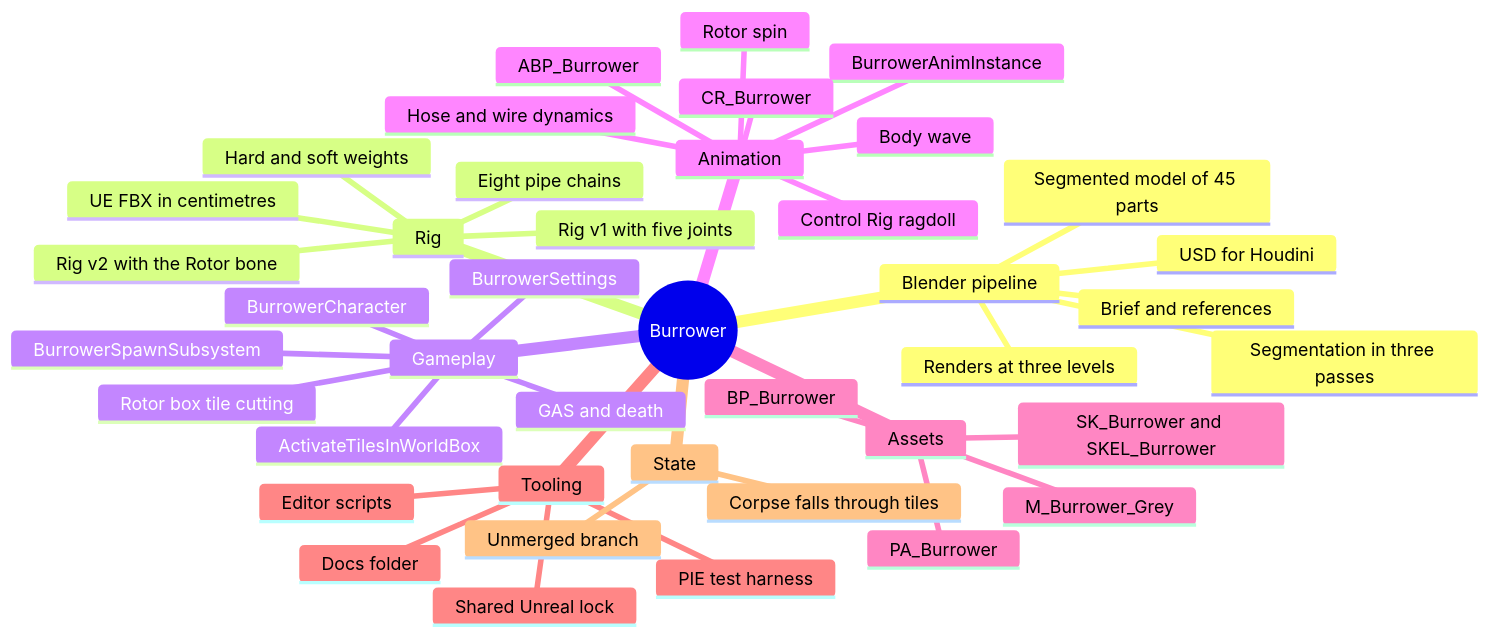
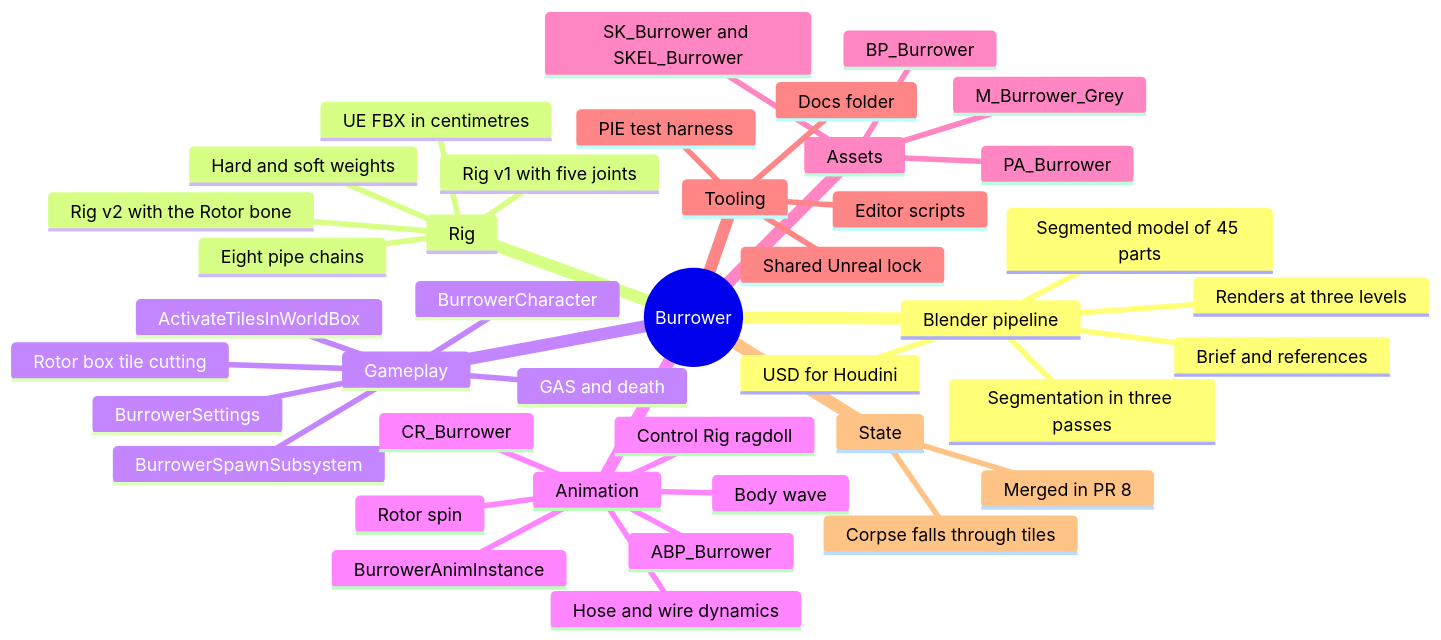
The first of 3 diagrams in Redo3Changes/Redo3 Burrower.md (talal-jpg/OBS_GameplayAbilitySystemRpg), drawn with Mermaid before and after one commit. The commit also changed other lines of this file and 21 other files, not shown here.

````diff
--- a/Redo3Changes/Redo3 Burrower.md
+++ b/Redo3Changes/Redo3 Burrower.md
@@ -15,44 +15,44 @@
 ```mermaid
 mindmap
   root((Burrower))
     Blender pipeline
       Brief and references
       Segmentation in three passes
       Segmented model of 45 parts
       USD for Houdini
       Renders at three levels
     Rig
       Rig v1 with five joints
       Hard and soft weights
       Rig v2 with the Rotor bone
       Eight pipe chains
       UE FBX in centimetres
     Gameplay
       BurrowerCharacter
       BurrowerSpawnSubsystem
       BurrowerSettings
       Rotor box tile cutting
       ActivateTilesInWorldBox
       GAS and death
     Animation
       BurrowerAnimInstance
       ABP_Burrower
       CR_Burrower
       Body wave
       Rotor spin
       Hose and wire dynamics
       Control Rig ragdoll
     Assets
       SK_Burrower and SKEL_Burrower
       PA_Burrower
       BP_Burrower
       M_Burrower_Grey
     Tooling
       Editor scripts
       PIE test harness
       Shared Unreal lock
       Docs folder
     State
-      Unmerged branch
+      Merged in PR 8
       Corpse falls through tiles
 ```
````
